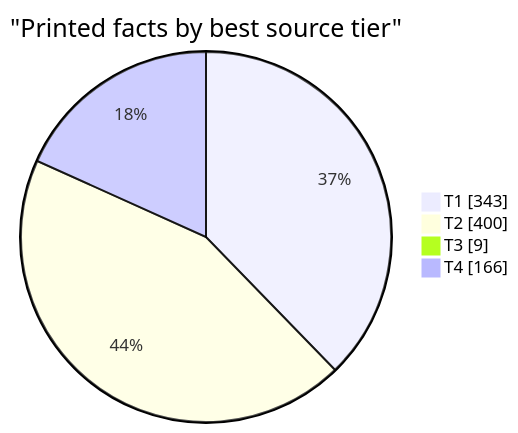
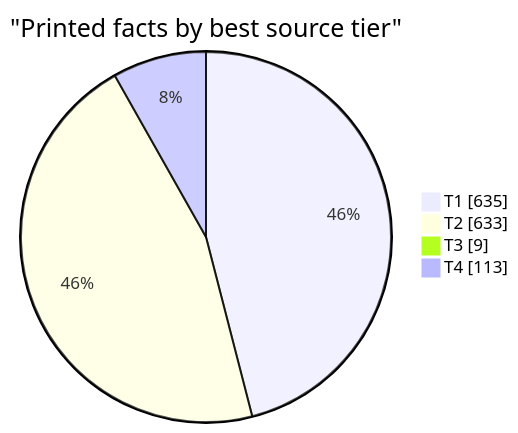
Before and after one commit to EU27-data-sovereignty/eu27-data-sovereignty: the second of 5 diagrams in docs/evidence.md, drawn with Mermaid. The commit also changed other lines of this file and 146 other files, not shown here.

````diff
--- a/docs/evidence.md
+++ b/docs/evidence.md
@@ -35,8 +36,8 @@
 ```mermaid
 pie showData
   title "Printed facts by best source tier"
-  "T1" : 343
-  "T2" : 400
+  "T1" : 635
+  "T2" : 633
   "T3" : 9
-  "T4" : 166
+  "T4" : 113
 ```
````
